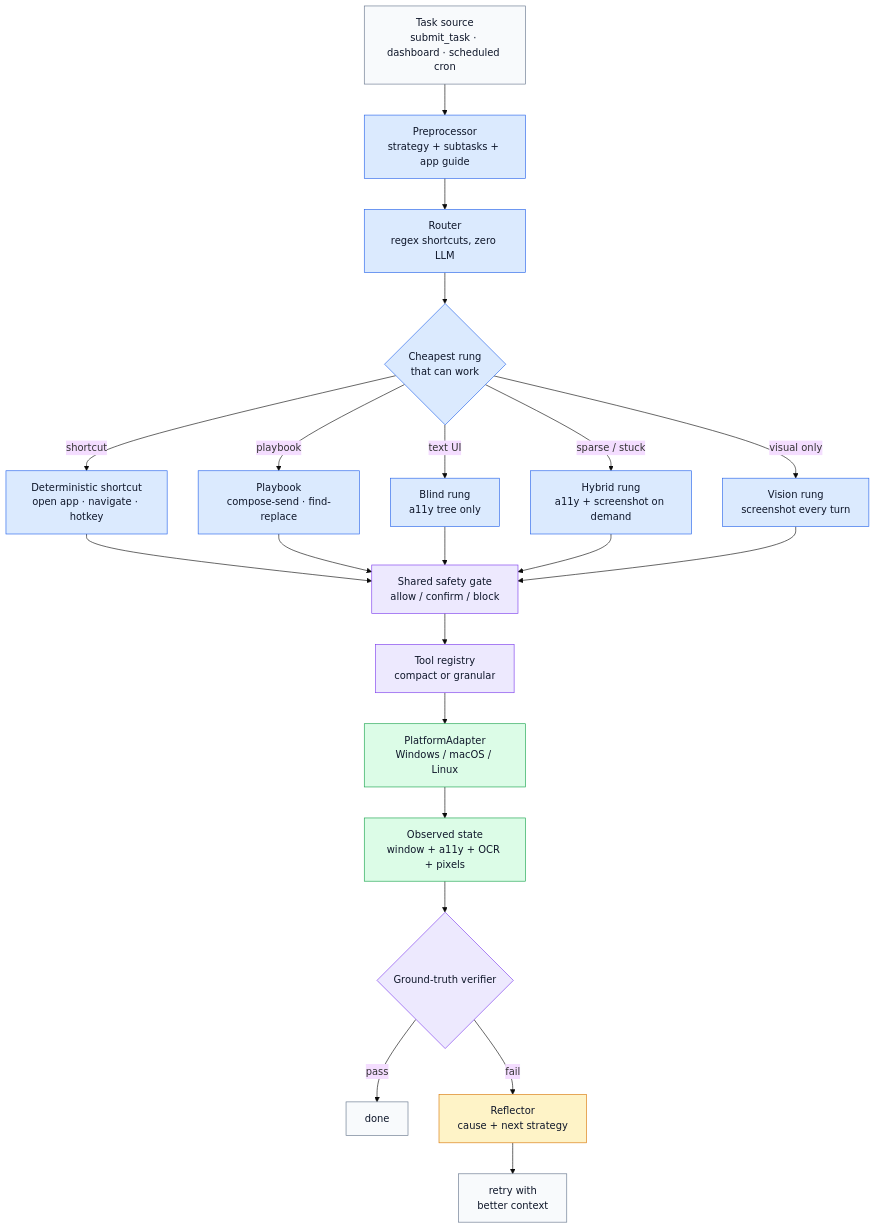
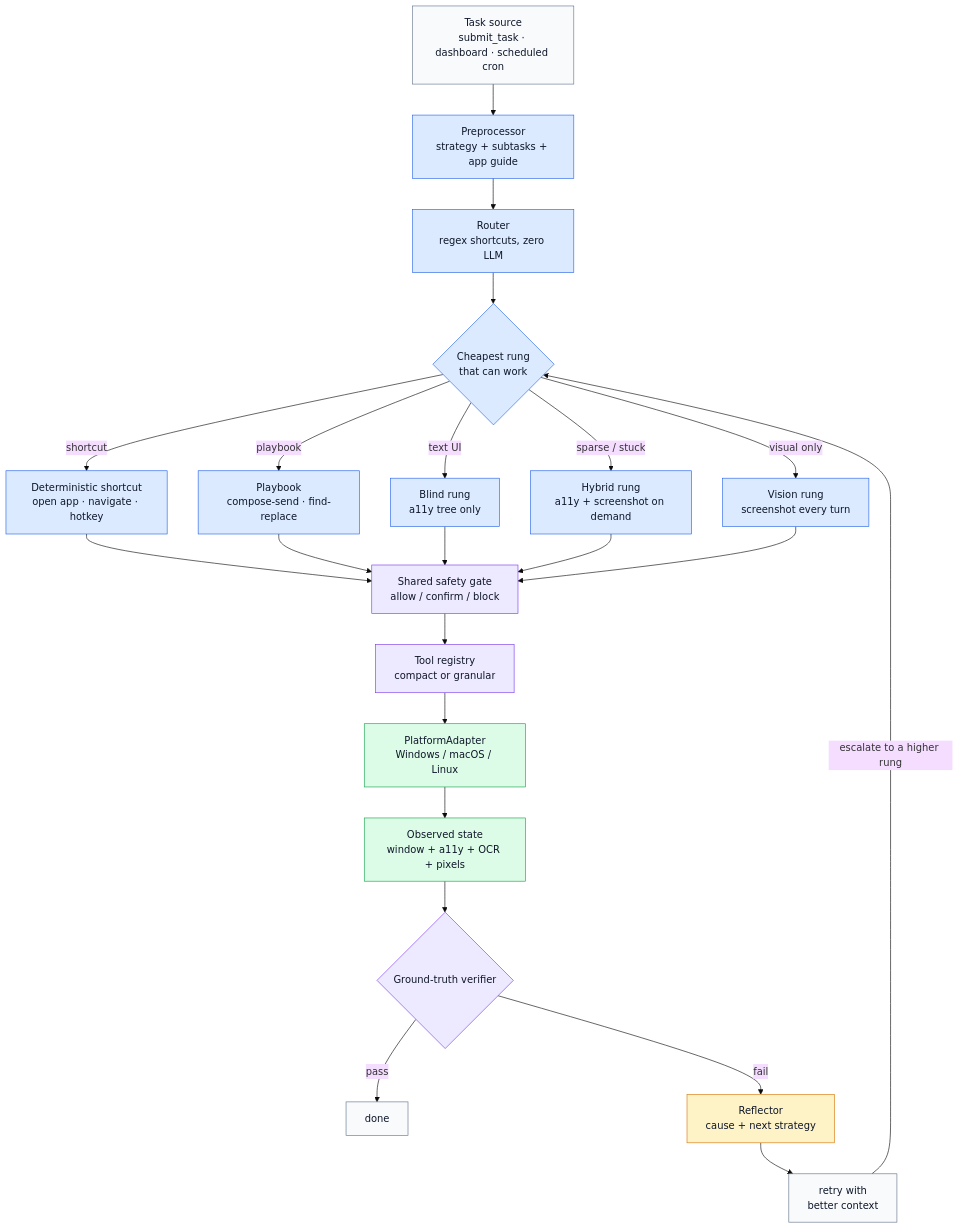
The first of 2 diagrams in mirrors/repos/AmrDab@clawdcursor/README.md (gabrielmoreira/agent-skills-mirror), drawn with Mermaid (base theme) before and after one commit. The commit also changed other lines of this file and 1743 other files, not shown here.

````diff
--- a/mirrors/repos/AmrDab@clawdcursor/README.md
+++ b/mirrors/repos/AmrDab@clawdcursor/README.md
@@ -171,38 +183,39 @@
 ```mermaid
 flowchart TB
     user["Task source<br/>submit_task · dashboard · scheduled cron"] --> pre["Preprocessor<br/>strategy + subtasks + app guide"]
     pre --> router["Router<br/>regex shortcuts, zero LLM"]
     router --> pick{"Cheapest rung<br/>that can work"}
 
     pick -- shortcut --> shortcut["Deterministic shortcut<br/>open app · navigate · hotkey"]
     pick -- playbook --> playbook["Playbook<br/>compose-send · find-replace"]
     pick -- text UI --> blind["Blind rung<br/>a11y tree only"]
     pick -- sparse / stuck --> hybrid["Hybrid rung<br/>a11y + screenshot on demand"]
     pick -- visual only --> vision["Vision rung<br/>screenshot every turn"]
 
     shortcut --> safety
     playbook --> safety
     blind --> safety
     hybrid --> safety
     vision --> safety
 
     safety["Shared safety gate<br/>allow / confirm / block"] --> tools["Tool registry<br/>compact or granular"]
     tools --> adapter["PlatformAdapter<br/>Windows / macOS / Linux"]
     adapter --> observed["Observed state<br/>window + a11y + OCR + pixels"]
     observed --> verifier{"Ground-truth verifier"}
     verifier -- pass --> done["done"]
     verifier -- fail --> reflector["Reflector<br/>cause + next strategy"]
     reflector --> retry["retry with<br/>better context"]
+    retry -- escalate to a higher rung --> pick
 
     classDef input fill:#f8fafc,stroke:#64748b,color:#0f172a;
     classDef agent fill:#dbeafe,stroke:#2563eb,color:#0f172a;
     classDef gate fill:#ede9fe,stroke:#7c3aed,color:#0f172a;
     classDef desktopNode fill:#dcfce7,stroke:#16a34a,color:#0f172a;
     classDef refl fill:#fef3c7,stroke:#d97706,color:#0f172a;
 
     class user,done,retry input;
     class pre,router,pick,shortcut,playbook,blind,hybrid,vision agent;
     class safety,tools,verifier gate;
     class adapter,observed desktopNode;
     class reflector refl;
 ```
````
